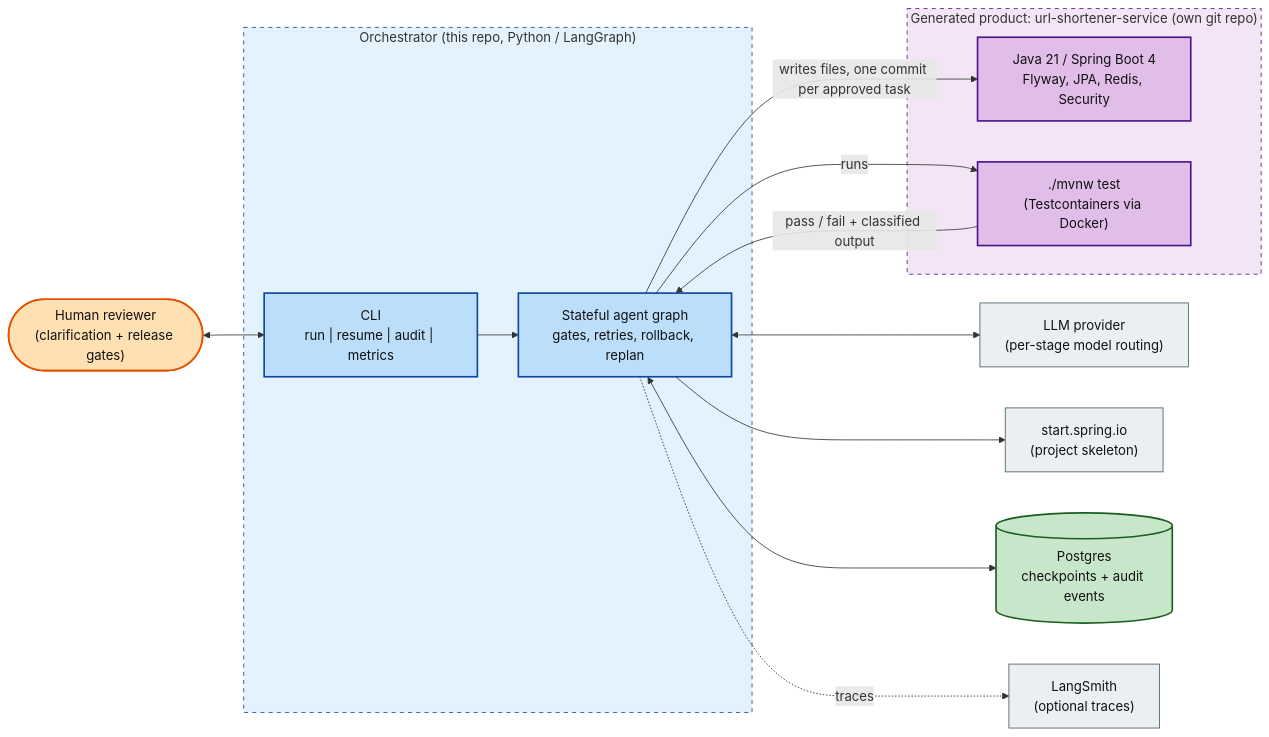
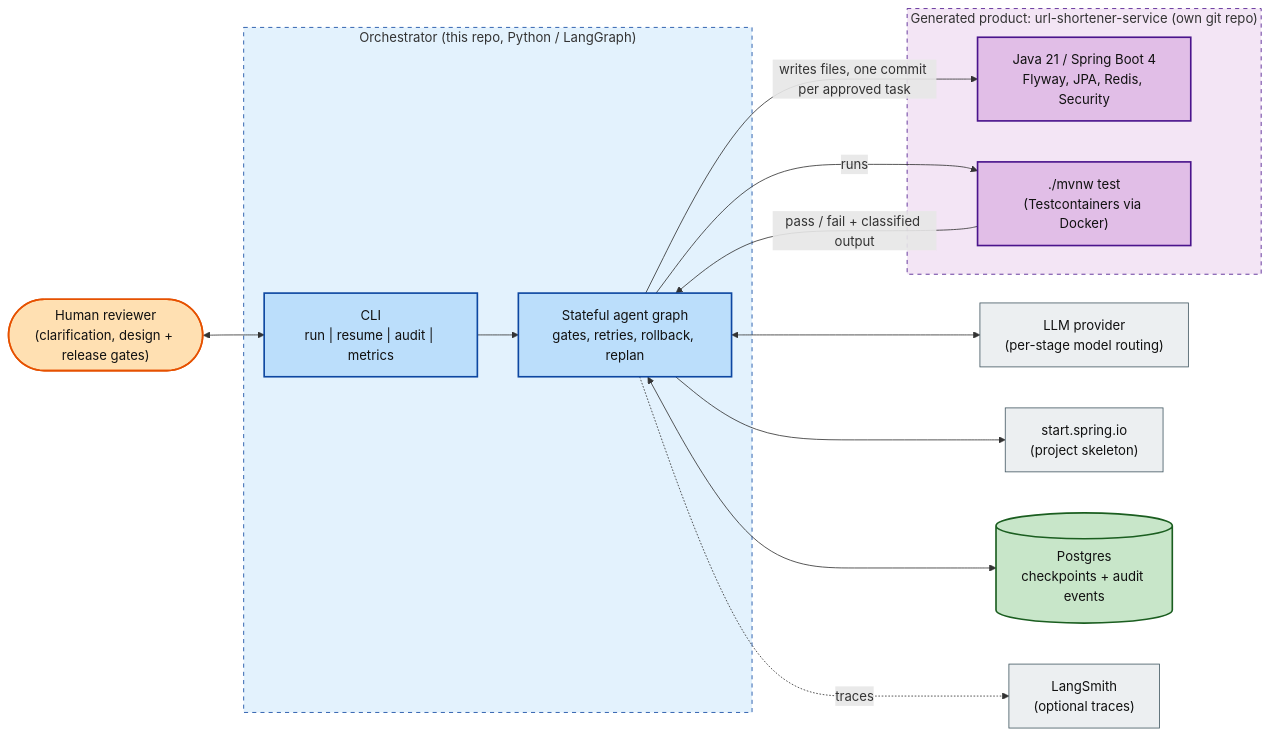
One commit to ajayrahul11/agentic-sdlc-system changed the first of 5 diagrams in README.md. Above: the diagram before and after it, drawn with Mermaid. The commit also changed other lines of this file and 12 other files, not shown here.

First line of the commit message:
Add design document and human design-review gate before codegen

````diff
--- a/README.md
+++ b/README.md
@@ -68,37 +71,37 @@
 ```mermaid
 flowchart LR
-    human(["Human reviewer<br/>(clarification + release gates)"])
+    human(["Human reviewer<br/>(clarification, design + release gates)"])
     subgraph orch["Orchestrator (this repo, Python / LangGraph)"]
         cli["CLI<br/>run | resume | audit | metrics"]
         engine["Stateful agent graph<br/>gates, retries, rollback, replan"]
     end
     llm["LLM provider<br/>(per-stage model routing)"]
     init["start.spring.io<br/>(project skeleton)"]
     pg[("Postgres<br/>checkpoints + audit events")]
     ls["LangSmith<br/>(optional traces)"]
     subgraph product["Generated product: url-shortener-service (own git repo)"]
         code["Java 21 / Spring Boot 4<br/>Flyway, JPA, Redis, Security"]
         mvn["./mvnw test<br/>(Testcontainers via Docker)"]
     end
     human <--> cli
     cli --> engine
     engine <--> llm
     engine --> init
     engine <--> pg
     engine -. traces .-> ls
     engine -->|"writes files, one commit per approved task"| code
     engine -->|"runs"| mvn
     mvn -->|"pass / fail + classified output"| engine
     classDef person fill:#FFE0B2,stroke:#E65100,stroke-width:2px,color:#111
     classDef core fill:#BBDEFB,stroke:#0D47A1,stroke-width:2px,color:#111
     classDef ext fill:#ECEFF1,stroke:#455A64,color:#111
     classDef store fill:#C8E6C9,stroke:#1B5E20,stroke-width:2px,color:#111
     classDef prod fill:#E1BEE7,stroke:#4A148C,stroke-width:2px,color:#111
     class human person
     class cli,engine core
     class llm,init,ls ext
     class pg store
     class code,mvn prod
     style orch fill:#E3F2FD,stroke:#0D47A1,stroke-dasharray: 5 5
     style product fill:#F3E5F5,stroke:#4A148C,stroke-dasharray: 5 5
 ```
````
